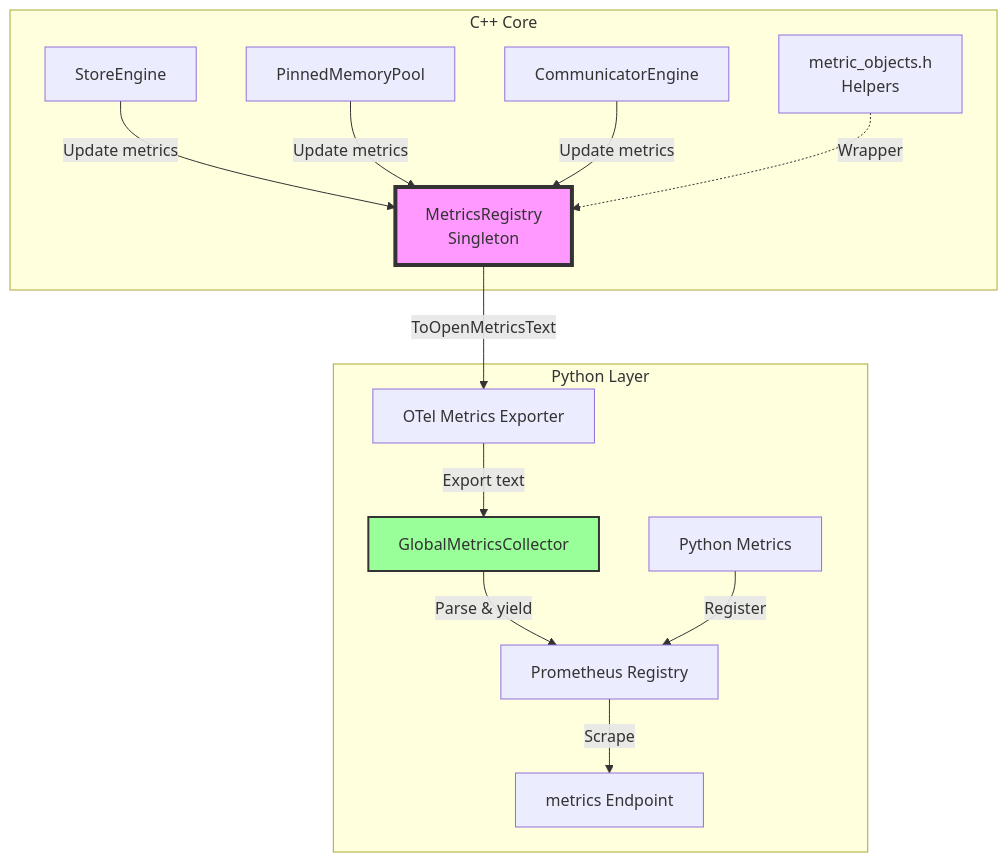
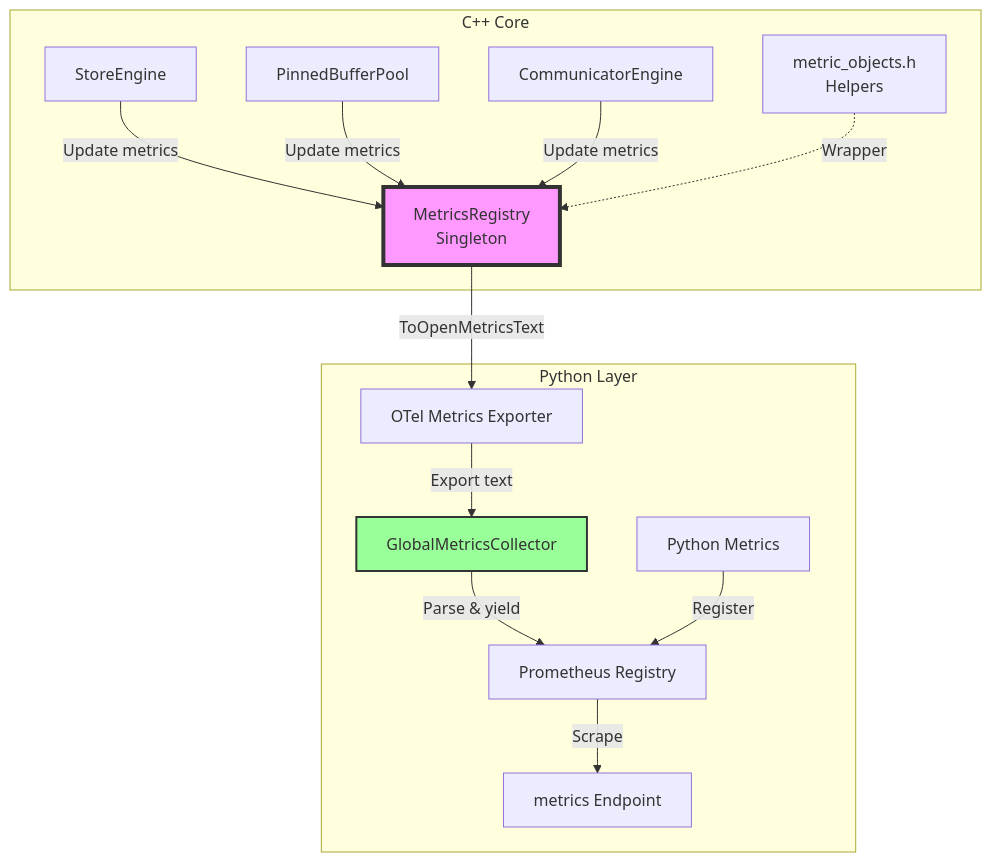
The diagram in docs/internals/adding-metrics.md (tensorcast-ai/tensorcast), drawn with Mermaid before and after one commit. The commit also changed other lines of this file and 155 other files, not shown here.

````diff
--- a/docs/internals/adding-metrics.md
+++ b/docs/internals/adding-metrics.md
@@ -179,32 +179,32 @@
 ```mermaid
 graph TD
     subgraph "C++ Core"
         MR[MetricsRegistry<br/>Singleton]
         CS[StoreEngine]
-        PM[PinnedMemoryPool]
+        PM[PinnedBufferPool]
         CE[CommunicatorEngine]
         MO[metric_objects.h<br/>Helpers]
 
         CS -->|Update metrics| MR
         PM -->|Update metrics| MR
         CE -->|Update metrics| MR
         MO -.->|Wrapper| MR
     end
 
     subgraph "Python Layer"
         GMF[OTel Metrics Exporter]
         GC[GlobalMetricsCollector]
         PY[Python Metrics]
         PR[Prometheus Registry]
         EP[metrics Endpoint]
 
         GMF -->|Export text| GC
         MR -->|ToOpenMetricsText| GMF
         GC -->|Parse & yield| PR
         PY -->|Register| PR
         PR -->|Scrape| EP
     end
 
     style MR fill:#f9f,stroke:#333,stroke-width:4px
     style GC fill:#9f9,stroke:#333,stroke-width:2px
 ```
````
